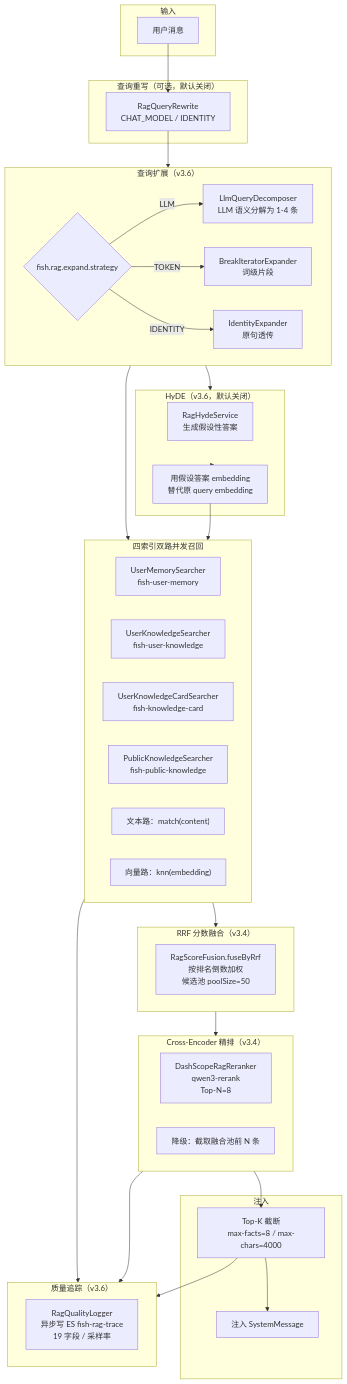
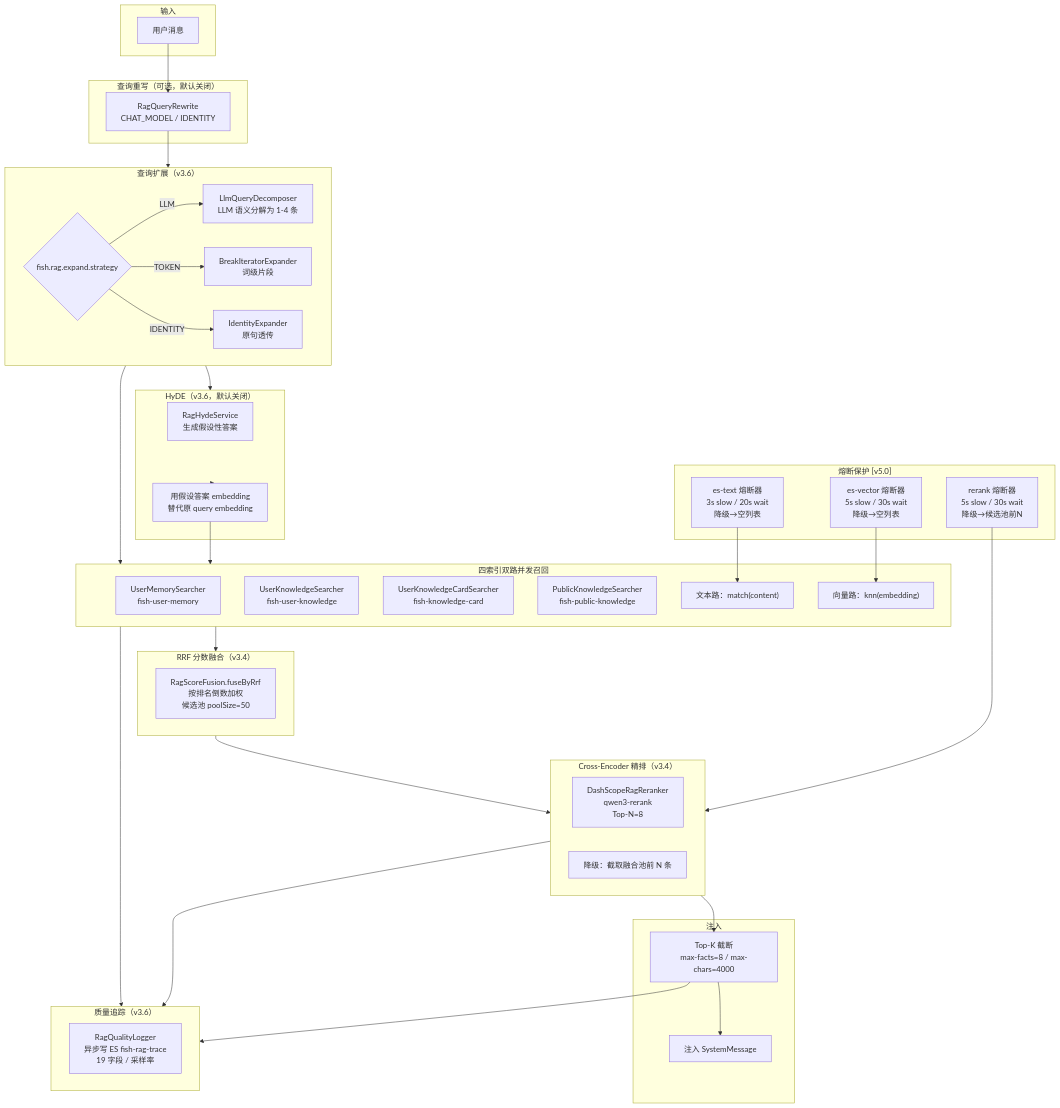
Before and after one commit to Yuyu123fish/Fish-Agent: the first of 3 diagrams in document/模块要点/模块7-RAG检索增强管线.md, drawn with Mermaid. The commit also changed other lines of this file and 15270 other files, not shown here.

````diff
--- a/document/模块要点/模块7-RAG检索增强管线.md
+++ b/document/模块要点/模块7-RAG检索增强管线.md
@@ -11,60 +11,69 @@
 ```mermaid
 flowchart TB
     subgraph Input["输入"]
         Q["用户消息"]
     end
 
     subgraph Rewrite["查询重写（可选，默认关闭）"]
         RW["RagQueryRewrite<br/>CHAT_MODEL / IDENTITY"]
     end
 
     subgraph Expand["查询扩展（v3.6）"]
         Strategy{"fish.rag.expand.strategy"}
         LLM_EXP["LlmQueryDecomposer<br/>LLM 语义分解为 1-4 条"]
         TOKEN_EXP["BreakIteratorExpander<br/>词级片段"]
         ID_EXP["IdentityExpander<br/>原句透传"]
         Strategy -->|LLM| LLM_EXP
         Strategy -->|TOKEN| TOKEN_EXP
         Strategy -->|IDENTITY| ID_EXP
     end
 
     subgraph HyDE["HyDE（v3.6，默认关闭）"]
         HD["RagHydeService<br/>生成假设性答案"]
         HD_EMB["用假设答案 embedding<br/>替代原 query embedding"]
     end
 
     subgraph Recall["四索引双路并发召回"]
         S1["UserMemorySearcher<br/>fish-user-memory"]
         S2["UserKnowledgeSearcher<br/>fish-user-knowledge"]
         S3["UserKnowledgeCardSearcher<br/>fish-knowledge-card"]
         S4["PublicKnowledgeSearcher<br/>fish-public-knowledge"]
         T["文本路：match(content)"]
         V["向量路：knn(embedding)"]
     end
 
+    subgraph CB["熔断保护 [v5.0]"]
+        CB_ES_T["es-text 熔断器<br/>3s slow / 20s wait<br/>降级→空列表"]
+        CB_ES_V["es-vector 熔断器<br/>5s slow / 30s wait<br/>降级→空列表"]
+        CB_RERANK["rerank 熔断器<br/>5s slow / 30s wait<br/>降级→候选池前N"]
+    end
+
     subgraph Fusion["RRF 分数融合（v3.4）"]
         RRF["RagScoreFusion.fuseByRrf<br/>按排名倒数加权<br/>候选池 poolSize=50"]
     end
 
     subgraph Rerank["Cross-Encoder 精排（v3.4）"]
         CE["DashScopeRagReranker<br/>qwen3-rerank<br/>Top-N=8"]
         FB["降级：截取融合池前 N 条"]
     end
 
     subgraph Render["注入"]
         TopK["Top-K 截断<br/>max-facts=8 / max-chars=4000"]
         Inject["注入 SystemMessage"]
     end
 
     subgraph Trace["质量追踪（v3.6）"]
         TL["RagQualityLogger<br/>异步写 ES fish-rag-trace<br/>19 字段 / 采样率"]
     end
 
     Q --> RW --> Expand
     Expand --> Recall
     Expand --> HyDE --> HD_EMB --> Recall
+    CB_ES_T --> T
+    CB_ES_V --> V
     Recall --> Fusion --> Rerank --> TopK --> Inject
+    CB_RERANK --> Rerank
     Recall --> Trace
     Rerank --> Trace
     TopK --> Trace
 ```
````
